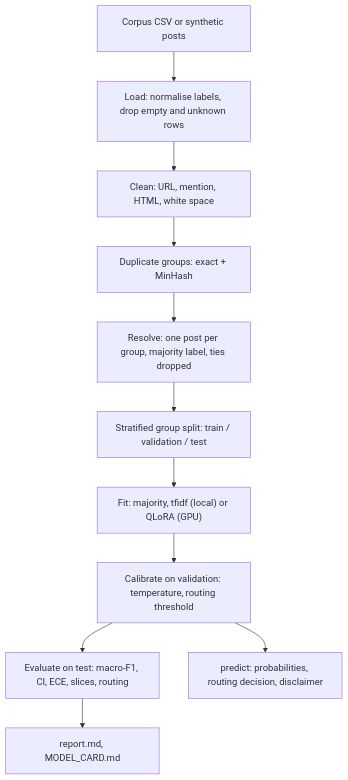
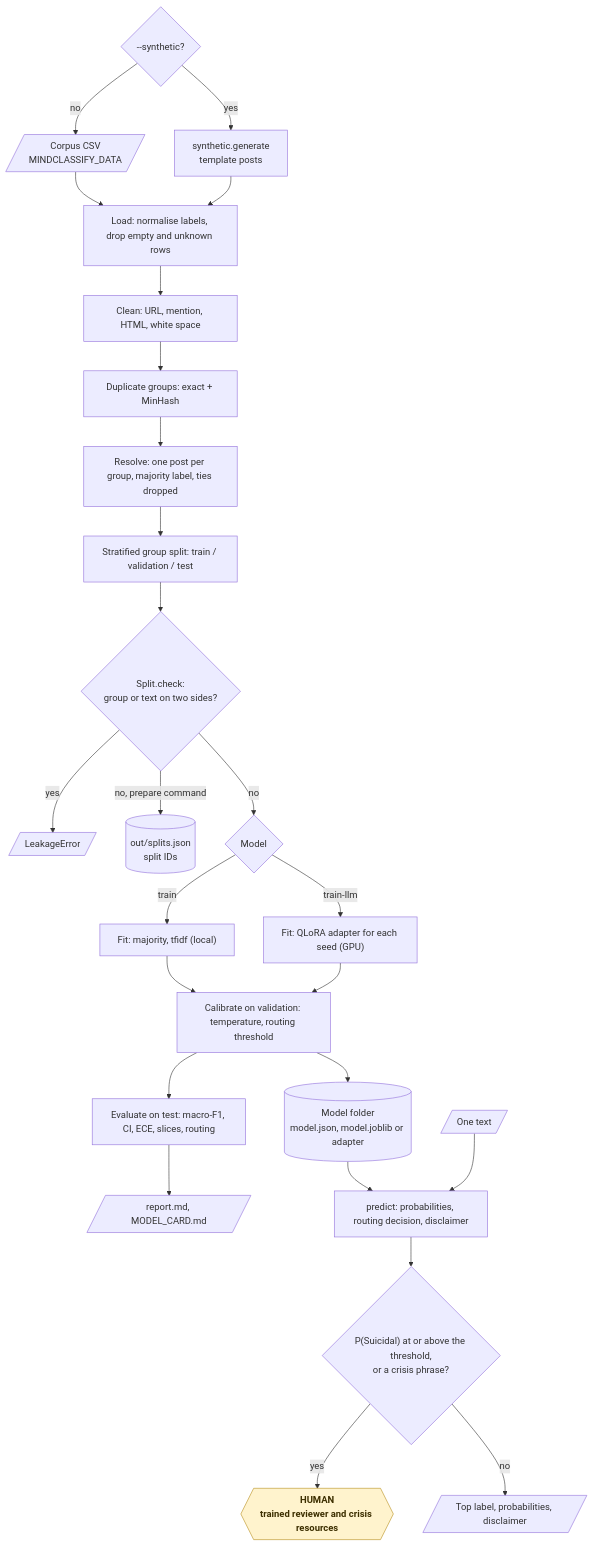
One commit to KrishnaAnnavaram/mindclassify changed the fifth of 19 diagrams in README.md. Above: the diagram before and after it, drawn with Mermaid. The commit also changed other lines of this file, not shown here.

Commit message:
Add the workflow diagrams to the README

````diff
--- a/README.md
+++ b/README.md
@@ -214,13 +280,30 @@
 ```mermaid
-flowchart TB
-    CSV["Corpus CSV or synthetic posts"] --> L["Load: normalise labels, drop empty and unknown rows"]
+flowchart TD
+    SRC{"--synthetic?"} -- "no" --> CSV[/"Corpus CSV<br/>MINDCLASSIFY_DATA"/]
+    SRC -- "yes" --> SYN["synthetic.generate<br/>template posts"]
+    CSV --> L["Load: normalise labels, drop empty and unknown rows"]
+    SYN --> L
     L --> C["Clean: URL, mention, HTML, white space"]
     C --> D["Duplicate groups: exact + MinHash"]
     D --> R["Resolve: one post per group, majority label, ties dropped"]
     R --> S["Stratified group split: train / validation / test"]
-    S --> F["Fit: majority, tfidf (local) or QLoRA (GPU)"]
+    S --> CHK{"Split.check:<br/>group or text on two sides?"}
+    CHK -- "yes" --> LEAK[/"LeakageError"/]
+    CHK -- "no, prepare command" --> IDS[("out/splits.json<br/>split IDs")]
+    CHK -- "no" --> M{"Model"}
+    M -- "train" --> F["Fit: majority, tfidf (local)"]
+    M -- "train-llm" --> Q["Fit: QLoRA adapter for each seed (GPU)"]
     F --> CAL["Calibrate on validation: temperature, routing threshold"]
+    Q --> CAL
+    CAL --> FOLD[("Model folder<br/>model.json, model.joblib or adapter")]
     CAL --> EV["Evaluate on test: macro-F1, CI, ECE, slices, routing"]
-    EV --> REP["report.md, MODEL_CARD.md"]
-    CAL --> P["predict: probabilities, routing decision, disclaimer"]
+    EV --> REP[/"report.md, MODEL_CARD.md"/]
+    FOLD --> P["predict: probabilities, routing decision, disclaimer"]
+    TXT[/"One text"/] --> P
+    P --> RT{"P(Suicidal) at or above the threshold,<br/>or a crisis phrase?"}
+    RT -- "yes" --> HUMAN{{"HUMAN<br/>trained reviewer and crisis resources"}}
+    RT -- "no" --> OUT[/"Top label, probabilities, disclaimer"/]
+
+    classDef human fill:#fff3cd,stroke:#b8901f,color:#3d2f00,font-weight:bold
+    class HUMAN human
 ```
````
